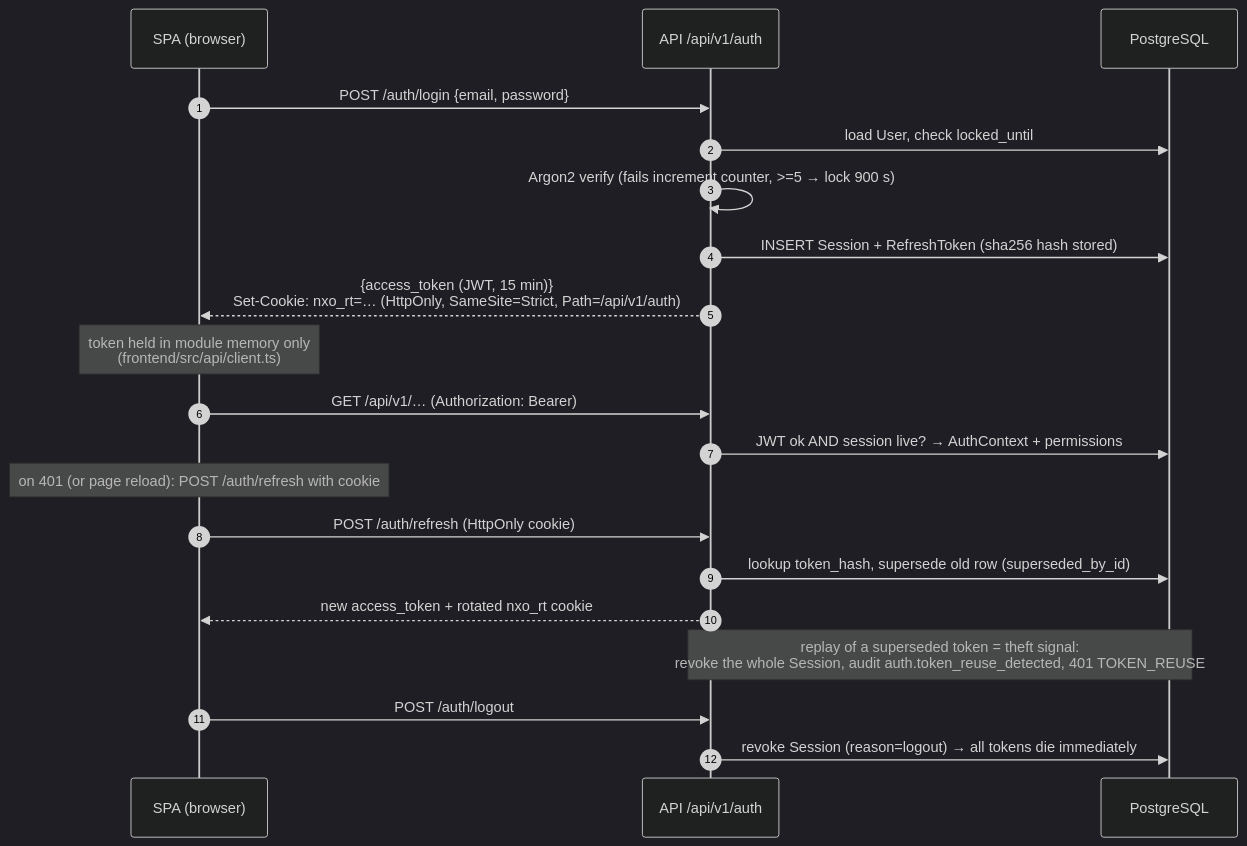
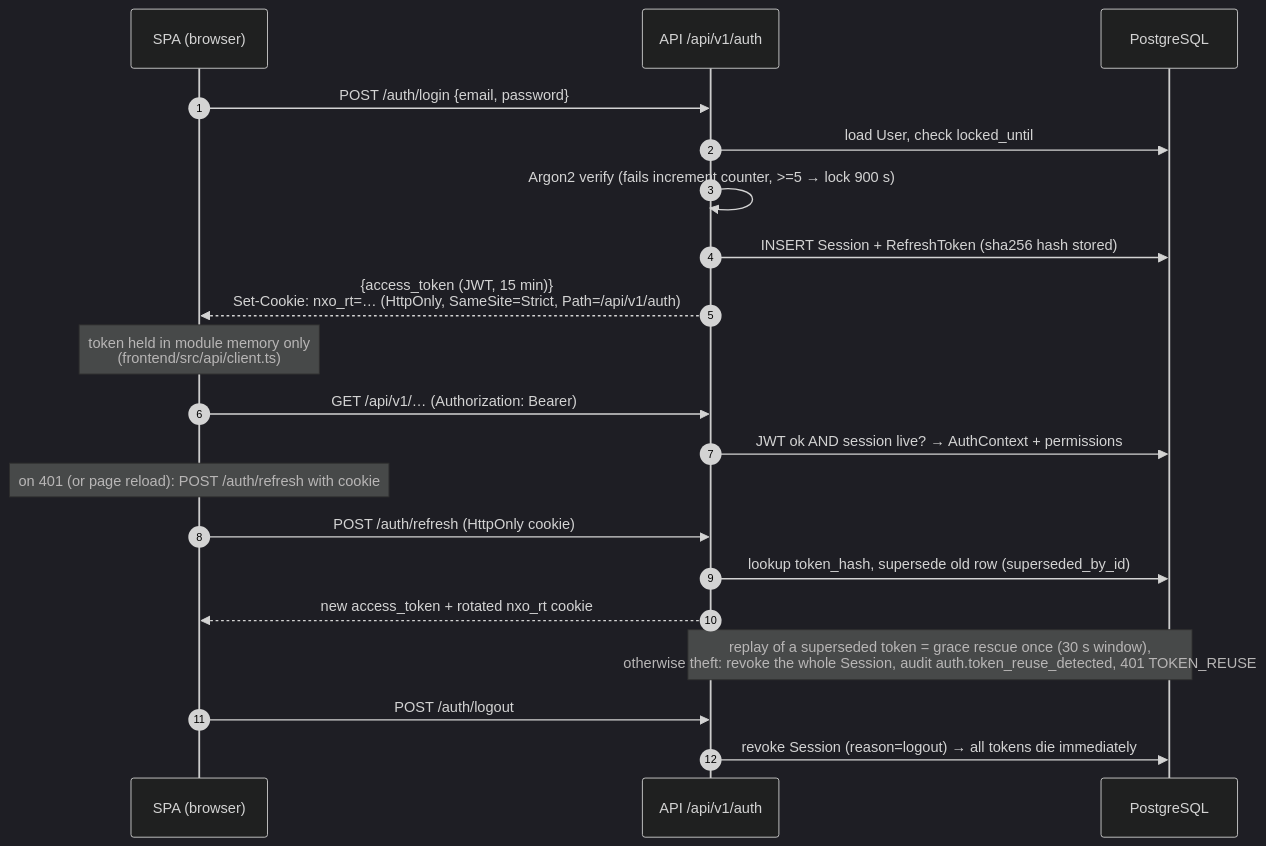
The third of 3 diagrams in docs/architecture.md (emad60/nexusops), drawn with Mermaid (dark theme) before and after one commit. The commit also changed other lines of this file and 231 other files, not shown here.

````diff
--- a/docs/architecture.md
+++ b/docs/architecture.md
@@ -260,27 +371,27 @@
 ```mermaid
 sequenceDiagram
     autonumber
     participant B as SPA (browser)
     participant A as API /api/v1/auth
     participant DB as PostgreSQL
 
     B->>A: POST /auth/login {email, password}
     A->>DB: load User, check locked_until
     A->>A: Argon2 verify (fails increment counter, >=5 → lock 900 s)
     A->>DB: INSERT Session + RefreshToken (sha256 hash stored)
     A-->>B: {access_token (JWT, 15 min)}<br/>Set-Cookie: nxo_rt=… (HttpOnly, SameSite=Strict, Path=/api/v1/auth)
     Note over B: token held in module memory only<br/>(frontend/src/api/client.ts)
 
     B->>A: GET /api/v1/… (Authorization: Bearer)
     A->>DB: JWT ok AND session live? → AuthContext + permissions
 
     Note over B: on 401 (or page reload): POST /auth/refresh with cookie
     B->>A: POST /auth/refresh (HttpOnly cookie)
     A->>DB: lookup token_hash, supersede old row (superseded_by_id)
     A-->>B: new access_token + rotated nxo_rt cookie
 
-    Note over A,DB: replay of a superseded token = theft signal:<br/>revoke the whole Session, audit auth.token_reuse_detected, 401 TOKEN_REUSE
+    Note over A,DB: replay of a superseded token = grace rescue once (30 s window),<br/>otherwise theft: revoke the whole Session, audit auth.token_reuse_detected, 401 TOKEN_REUSE
 
     B->>A: POST /auth/logout
     A->>DB: revoke Session (reason=logout) → all tokens die immediately
 ```
````
